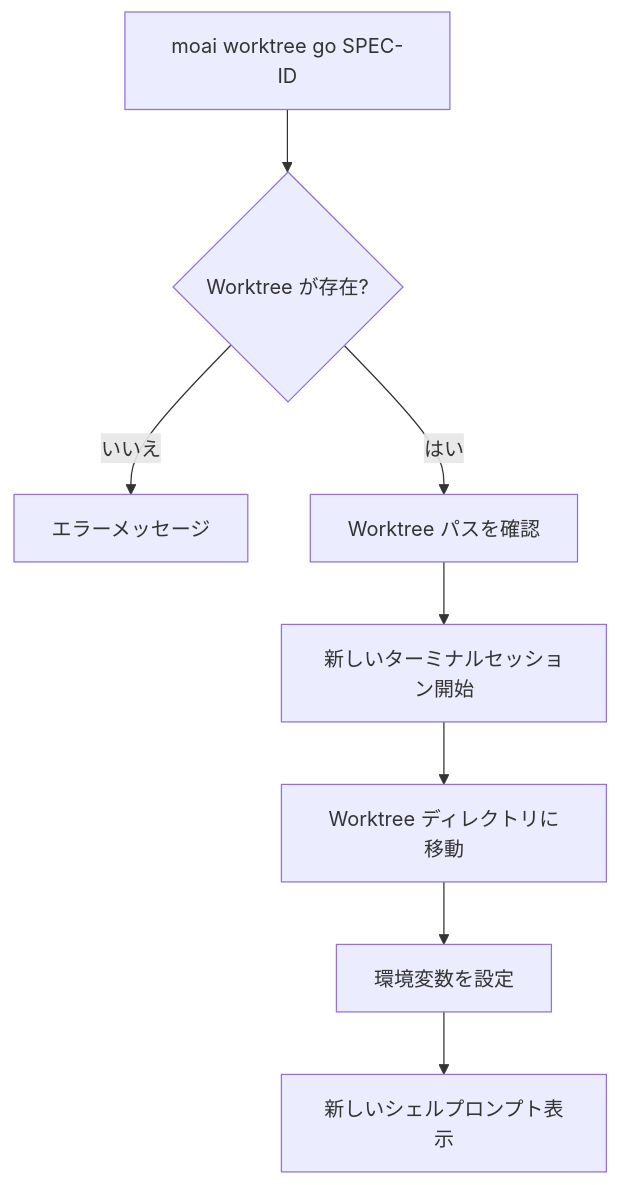
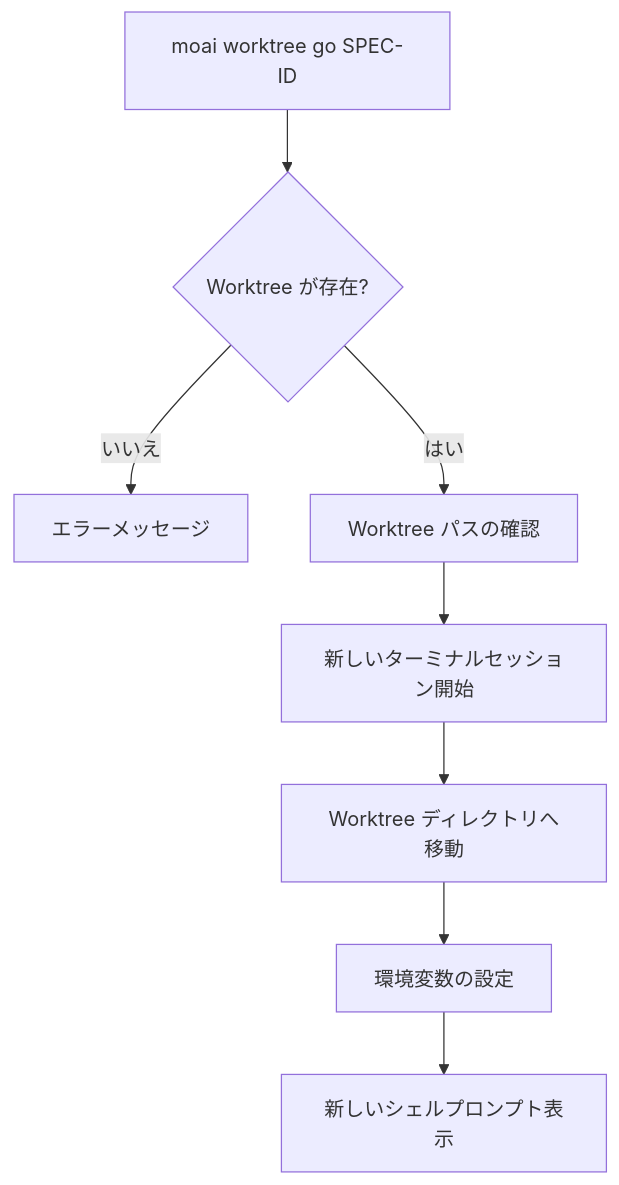
Before and after one commit to modu-ai/moai-adk: the third of 10 diagrams in docs-site/content/ja/worktree/guide.md, drawn with Mermaid. The commit also changed other lines of this file and 395 other files, not shown here.

````diff
--- a/docs-site/content/ja/worktree/guide.md
+++ b/docs-site/content/ja/worktree/guide.md
@@ -141,10 +147,10 @@
 ```mermaid
 flowchart TD
     A[moai worktree go SPEC-ID] --> B{Worktree が存在?}
     B -->|いいえ| C[エラーメッセージ]
-    B -->|はい| D[Worktree パスを確認]
+    B -->|はい| D[Worktree パスの確認]
     D --> E[新しいターミナルセッション開始]
-    E --> F[Worktree ディレクトリに移動]
-    F --> G[環境変数を設定]
+    E --> F[Worktree ディレクトリへ移動]
+    F --> G[環境変数の設定]
     G --> H[新しいシェルプロンプト表示]
 ```
````
